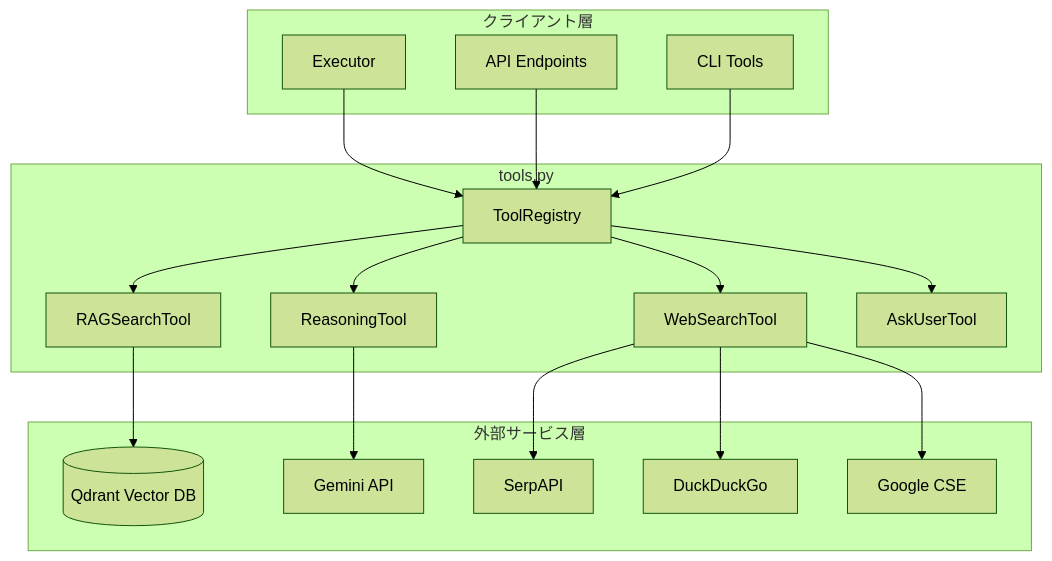
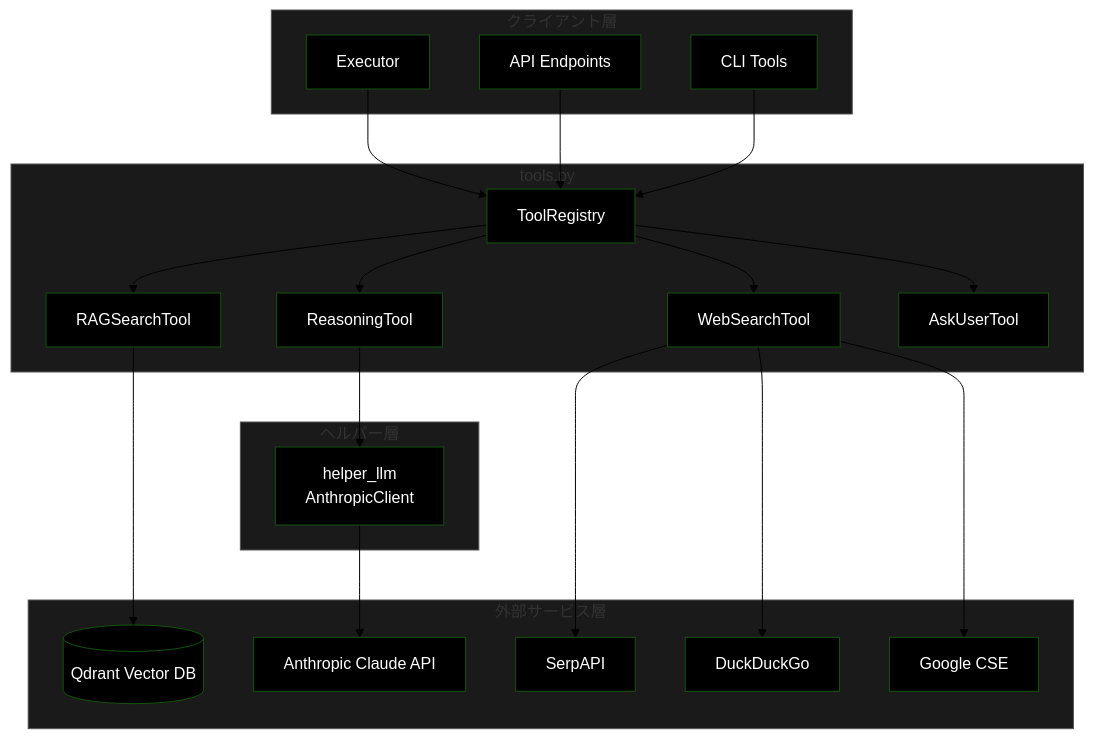
One commit to nakashima2toshio/anthropic_grace_agent changed the first of 4 diagrams in grace/doc/tools.md. Above: the diagram before and after it, drawn with Mermaid (forest theme). The commit also changed other lines of this file and 18 other files, not shown here.

````diff
--- a/grace/doc/tools.md
+++ b/grace/doc/tools.md
@@ -103,37 +103,61 @@
 ```mermaid
 flowchart TB
     subgraph CLIENT["クライアント層"]
         EXECUTOR[Executor]
         API[API Endpoints]
         CLI[CLI Tools]
     end
 
     subgraph MODULE["tools.py"]
         REGISTRY[ToolRegistry]
         RAG[RAGSearchTool]
         WEB[WebSearchTool]
         REASON[ReasoningTool]
         ASKUSER[AskUserTool]
     end
 
     subgraph EXTERNAL["外部サービス層"]
         QDRANT[(Qdrant Vector DB)]
-        GEMINI[Gemini API]
+        ANTHROPIC[Anthropic Claude API]
         SERPAPI[SerpAPI]
         DDG[DuckDuckGo]
         GCSE[Google CSE]
+    end
+
+    subgraph HELPER["ヘルパー層"]
+        HELPER_LLM[helper_llm\nAnthropicClient]
     end
 
     EXECUTOR --> REGISTRY
     API --> REGISTRY
     CLI --> REGISTRY
     REGISTRY --> RAG
     REGISTRY --> WEB
     REGISTRY --> REASON
     REGISTRY --> ASKUSER
     RAG --> QDRANT
-    REASON --> GEMINI
+    REASON --> HELPER_LLM
+    HELPER_LLM --> ANTHROPIC
     WEB --> SERPAPI
     WEB --> DDG
     WEB --> GCSE
+
+    style EXECUTOR fill:#000,color:#fff
+    style API fill:#000,color:#fff
+    style CLI fill:#000,color:#fff
+    style REGISTRY fill:#000,color:#fff
+    style RAG fill:#000,color:#fff
+    style WEB fill:#000,color:#fff
+    style REASON fill:#000,color:#fff
+    style ASKUSER fill:#000,color:#fff
+    style QDRANT fill:#000,color:#fff
+    style ANTHROPIC fill:#000,color:#fff
+    style SERPAPI fill:#000,color:#fff
+    style DDG fill:#000,color:#fff
+    style GCSE fill:#000,color:#fff
+    style HELPER_LLM fill:#000,color:#fff
+    style CLIENT fill:#1a1a1a,stroke:#555
+    style MODULE fill:#1a1a1a,stroke:#555
+    style EXTERNAL fill:#1a1a1a,stroke:#555
+    style HELPER fill:#1a1a1a,stroke:#555
 ```
````
